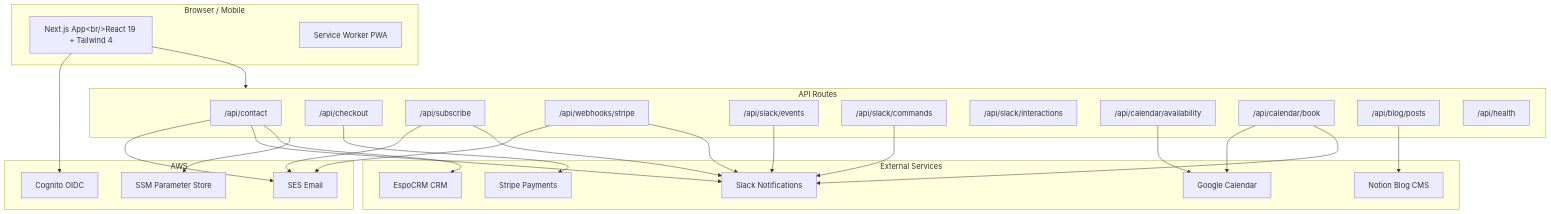
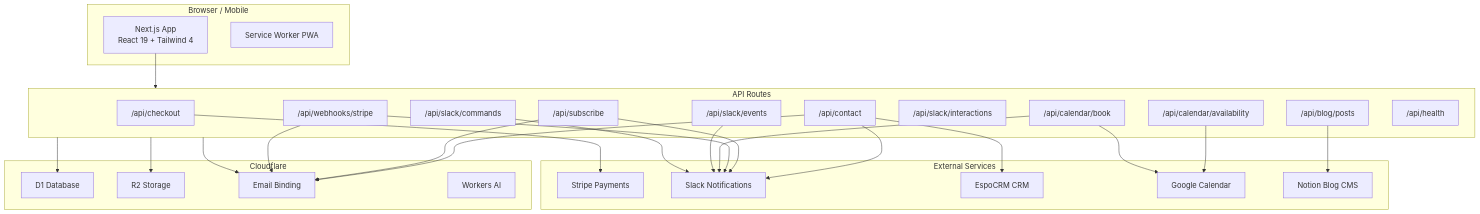
One commit to Themis128/cloudless.gr changed the second of 4 diagrams in README.md. Above: the diagram before and after it, drawn with Mermaid. The commit also changed other lines of this file and 15 other files, not shown here.

````diff
--- a/README.md
+++ b/README.md
@@ -61,51 +60,53 @@
 ```mermaid
 graph TB
     subgraph Client["Browser / Mobile"]
-        UI["Next.js App&lt;br/&gt;React 19 + Tailwind 4"]
+        UI["Next.js App<br/>React 19 + Tailwind 4"]
         SW["Service Worker PWA"]
     end
     subgraph Routes["API Routes"]
         Contact["/api/contact"]
         Checkout["/api/checkout"]
         Subscribe["/api/subscribe"]
         StripeWH["/api/webhooks/stripe"]
         SlackEvt["/api/slack/events"]
         SlackCmd["/api/slack/commands"]
         SlackInt["/api/slack/interactions"]
         CalAvail["/api/calendar/availability"]
         CalBook["/api/calendar/book"]
         Blog["/api/blog/posts"]
         Health["/api/health"]
     end
 
-    subgraph AWS["AWS"]
-        Cognito["Cognito OIDC"]
-        SES["SES Email"]
-        SSM["SSM Parameter Store"]
+    subgraph Cloudflare["Cloudflare"]
+        D1["D1 Database"]
+        R2["R2 Storage"]
+        Email["Email Binding"]
+        WorkersAI["Workers AI"]
     end
     subgraph External["External Services"]
         Stripe["Stripe Payments"]
         Slack["Slack Notifications"]
         EspoCRM["EspoCRM CRM"]
         GCal["Google Calendar"]
         Notion["Notion Blog CMS"]
     end
 
     UI --> Routes
-    UI --> Cognito
-    Routes --> SSM
-    Contact --> SES
+    Routes --> D1
+    Routes --> R2
+    Routes --> Email
+    Contact --> Email
     Contact --> Slack
     Contact --> EspoCRM
-    Subscribe --> SES
+    Subscribe --> Email
     Subscribe --> Slack
     Checkout --> Stripe
-    StripeWH --> SES
+    StripeWH --> Email
     StripeWH --> Slack
     CalAvail --> GCal
     CalBook --> GCal
     CalBook --> Slack
     Blog --> Notion
     SlackEvt --> Slack
     SlackCmd --> Slack
 ```
````
